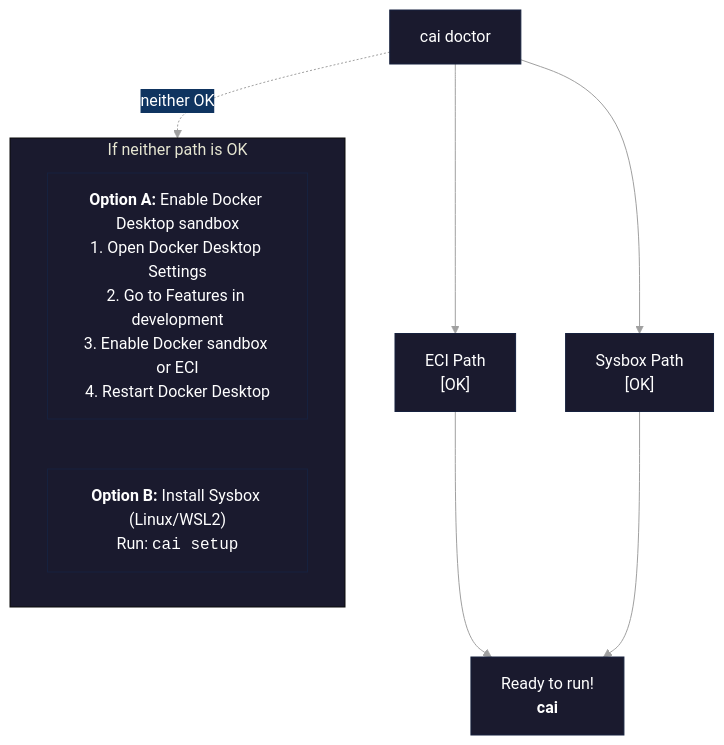
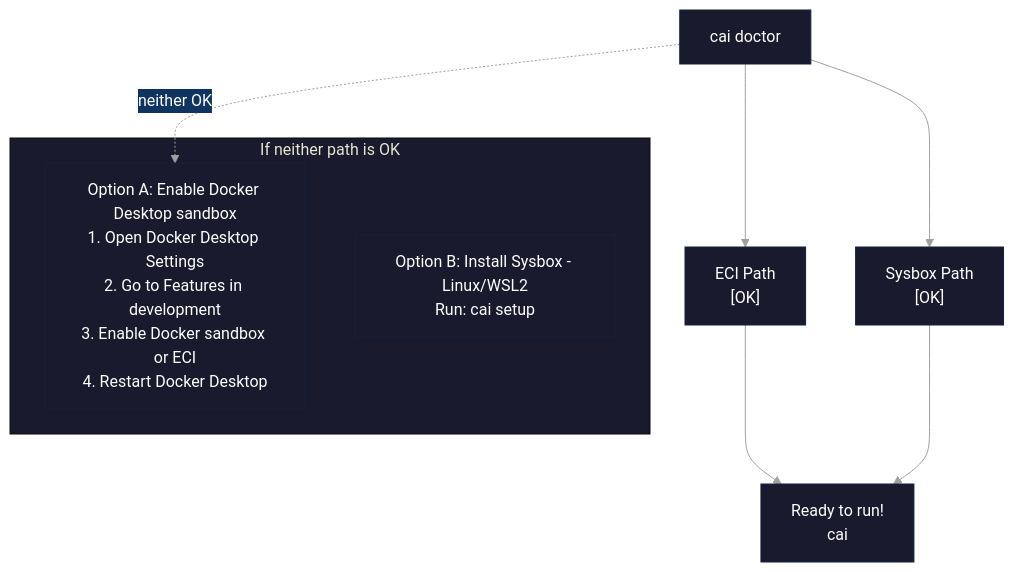
One commit to novotnyllc/ContainAI changed the first of 2 diagrams in docs/quickstart.md. Above: the diagram before and after it, drawn with Mermaid. The commit also changed other lines of this file and 1 other file, not shown here.

Commit message:
fix(docs): address mermaid review feedback
- Remove HTML tags (i, b, code) that may not render in GitHub mermaid
- Change edge target from subgraph to explicit node for reliability
- Standardize path labels to /workspace and /mnt/agent-data

Task: fn-10-vep.31

````diff
--- a/docs/quickstart.md
+++ b/docs/quickstart.md
@@ -65,25 +65,25 @@
 ```mermaid
 %%{init: {'theme': 'base', 'themeVariables': {
   'primaryColor': '#1a1a2e',
   'primaryTextColor': '#ffffff',
   'primaryBorderColor': '#16213e',
   'secondaryColor': '#0f3460',
   'tertiaryColor': '#1a1a2e',
   'lineColor': '#a0a0a0',
   'textColor': '#ffffff',
   'background': '#0d1117'
 }}}%%
 flowchart TD
     doctor["cai doctor"]
     doctor --> eci["ECI Path<br/>[OK]"]
     doctor --> sysbox["Sysbox Path<br/>[OK]"]
-    eci --> ready["Ready to run!<br/><b>cai</b>"]
+    eci --> ready["Ready to run!<br/>cai"]
     sysbox --> ready
 
-    doctor -.->|neither OK| fallback
+    doctor -.->|neither OK| optionA
 
     subgraph fallback["If neither path is OK"]
-        optionA["<b>Option A:</b> Enable Docker Desktop sandbox<br/>1. Open Docker Desktop Settings<br/>2. Go to Features in development<br/>3. Enable Docker sandbox or ECI<br/>4. Restart Docker Desktop"]
-        optionB["<b>Option B:</b> Install Sysbox (Linux/WSL2)<br/>Run: <code>cai setup</code>"]
+        optionA["Option A: Enable Docker Desktop sandbox<br/>1. Open Docker Desktop Settings<br/>2. Go to Features in development<br/>3. Enable Docker sandbox or ECI<br/>4. Restart Docker Desktop"]
+        optionB["Option B: Install Sysbox - Linux/WSL2<br/>Run: cai setup"]
     end
 ```
````
